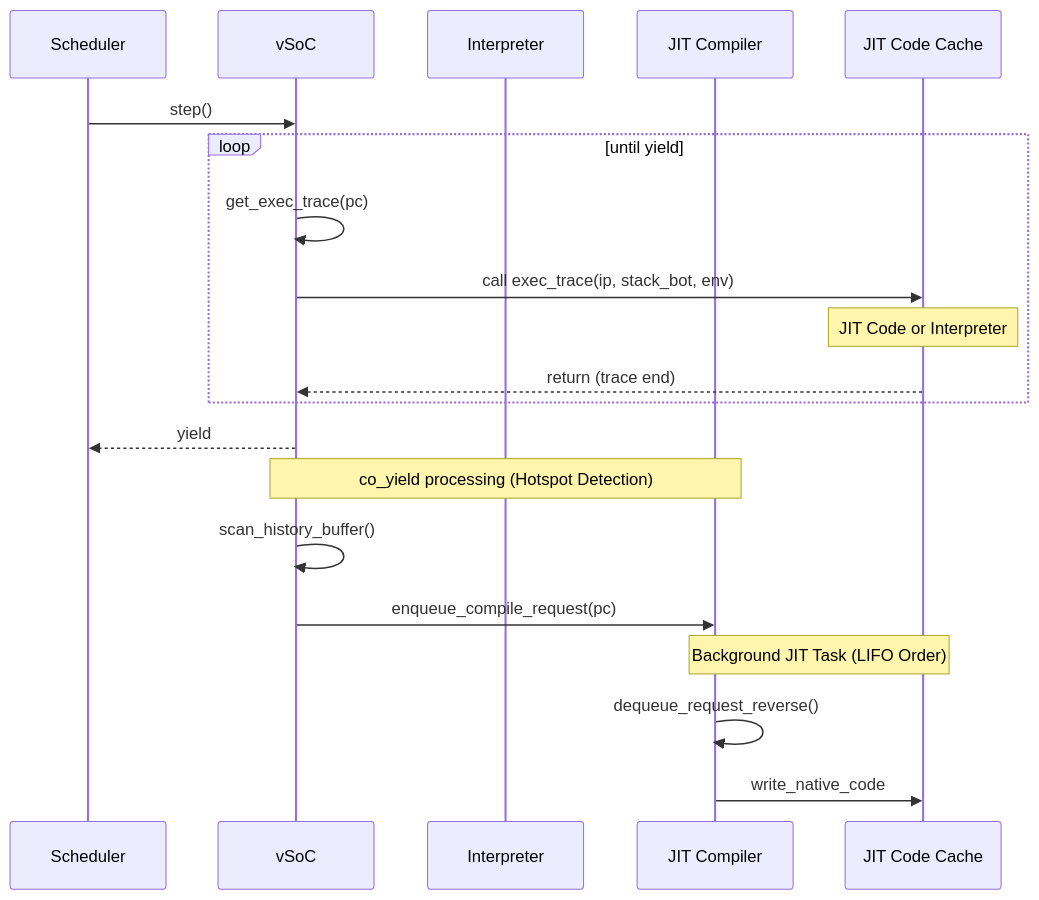
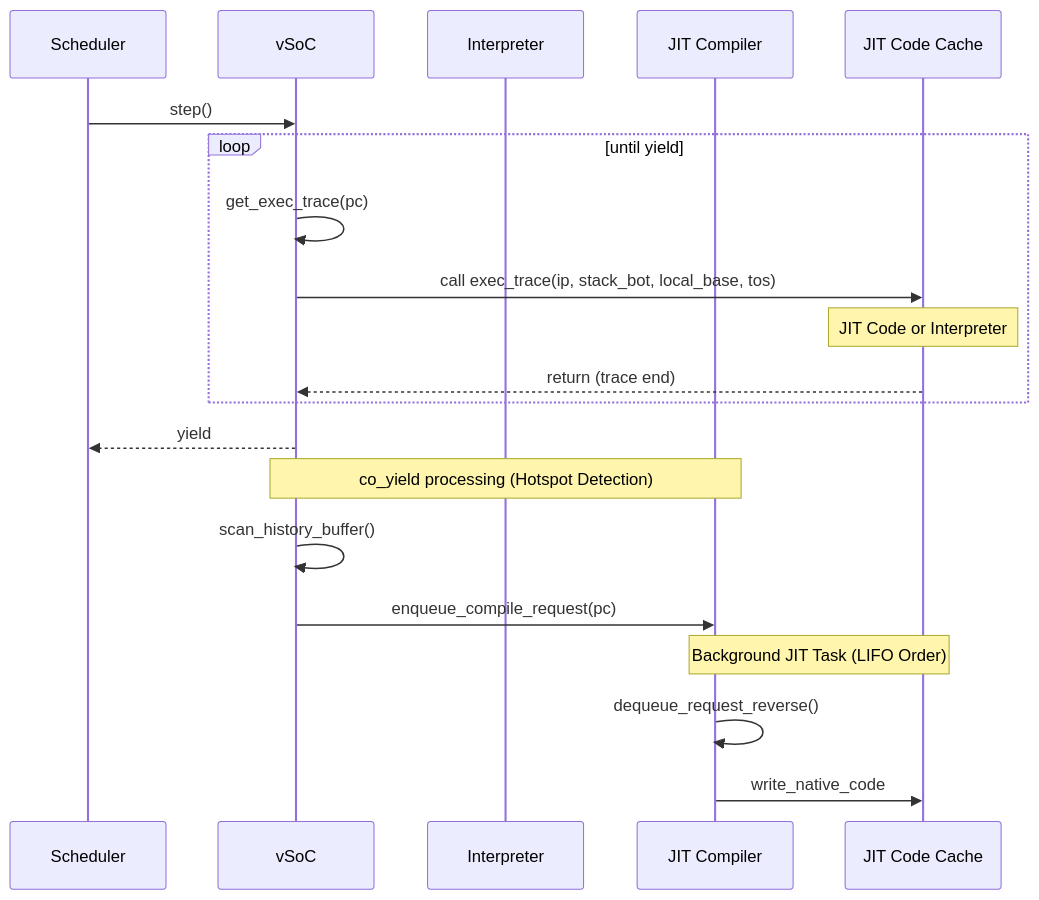
Before and after one commit to kmt-t/fireball: the fourth of 5 diagrams in docs/components/tier2_runtime/runtime_vsoc.md, drawn with Mermaid. The commit also changed other lines of this file and 38 other files, not shown here.

````diff
--- a/docs/components/tier2_runtime/runtime_vsoc.md
+++ b/docs/components/tier2_runtime/runtime_vsoc.md
@@ -319,25 +319,25 @@
 ```mermaid
 sequenceDiagram
     participant S as Scheduler
     participant V as vSoC
     participant I as Interpreter
     participant J as JIT Compiler
     participant C as JIT Code Cache
     
     S->>V: step()
     loop until yield
         V->>V: get_exec_trace(pc)
-        V->>C: call exec_trace(ip, stack_bot, env)
+        V->>C: call exec_trace(ip, stack_bot, local_base, tos)
         Note over C: JIT Code or Interpreter
         C-->>V: return (trace end)
     end
     V-->>S: yield
     
     Note over V,J: co_yield processing (Hotspot Detection)
     V->>V: scan_history_buffer()
     V->>J: enqueue_compile_request(pc)
     
     Note over J,C: Background JIT Task (LIFO Order)
     J->>J: dequeue_request_reverse()
     J->>C: write_native_code
 ```
````
